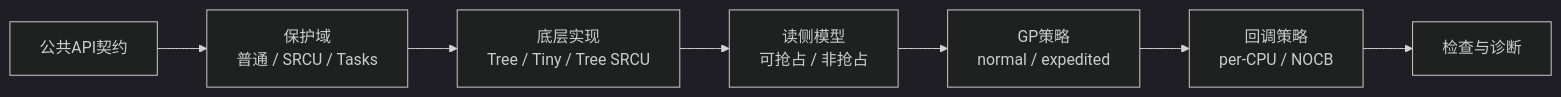
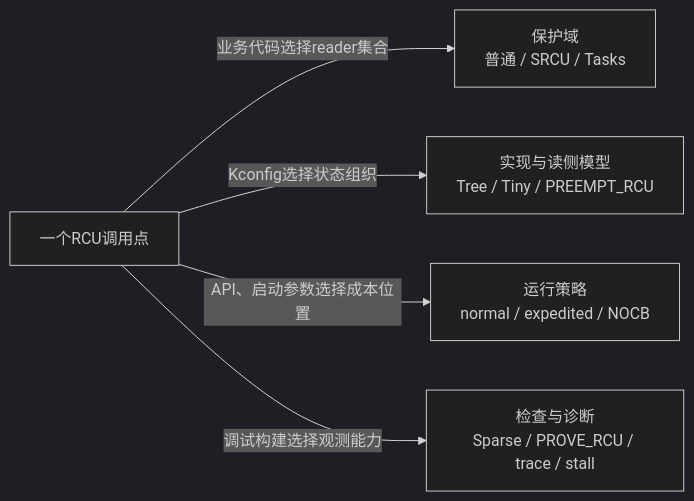
One commit to FormingSystem/linux_note changed the first of 2 diagrams in knowledge/linux/synchronization_and_asynchrony/synchronization/rcu/P04_RCU_分类坐标与内核配置.md. Above: the diagram before and after it, drawn with Mermaid (dark theme). The commit also changed other lines of this file and 7 other files, not shown here.

````diff
--- a/knowledge/linux/synchronization_and_asynchrony/synchronization/rcu/P04_RCU_分类坐标与内核配置.md
+++ b/knowledge/linux/synchronization_and_asynchrony/synchronization/rcu/P04_RCU_分类坐标与内核配置.md
@@ -69,9 +157,7 @@
 ```mermaid
 flowchart LR
-    A["公共API契约"] --> B["保护域<br/>普通 / SRCU / Tasks"]
-    B --> C["底层实现<br/>Tree / Tiny / Tree SRCU"]
-    C --> D["读侧模型<br/>可抢占 / 非抢占"]
-    D --> E["GP策略<br/>normal / expedited"]
-    E --> F["回调策略<br/>per-CPU / NOCB"]
-    F --> G["检查与诊断"]
+    C["一个RCU调用点"] -->|"业务代码选择reader集合"| A["保护域<br/>普通 / SRCU / Tasks"]
+    C -->|"Kconfig选择状态组织"| B["实现与读侧模型<br/>Tree / Tiny / PREEMPT_RCU"]
+    C -->|"API、启动参数选择成本位置"| R["运行策略<br/>normal / expedited / NOCB"]
+    C -->|"调试构建选择观测能力"| D["检查与诊断<br/>Sparse / PROVE_RCU / trace / stall"]
 ```
````
